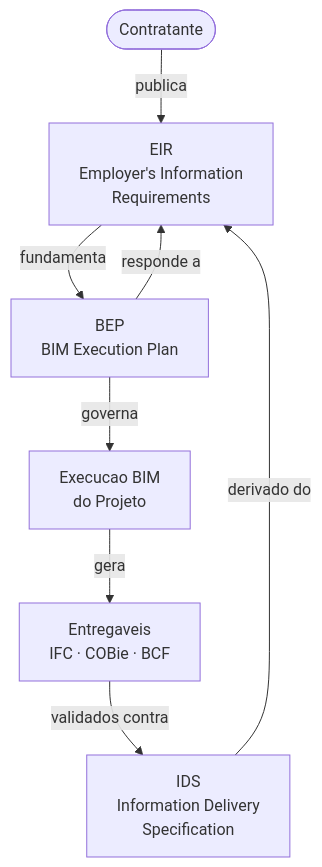
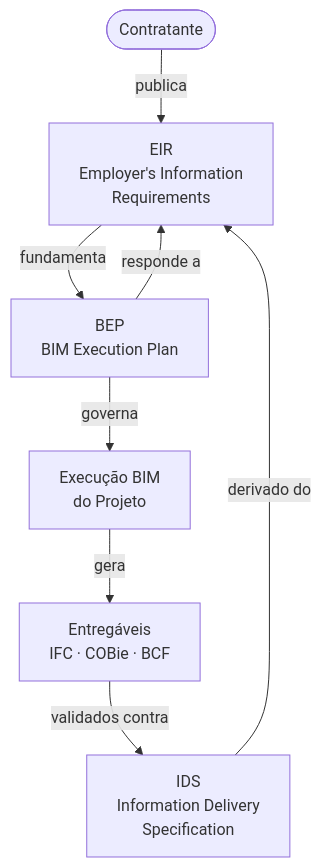
One commit to 255ribeiro/intro_ifc changed the first of 8 diagrams in docs/bep/bep-bim-material.md. Above: the diagram before and after it, drawn with Mermaid. The commit also changed other lines of this file, not shown here.

````diff
--- a/docs/bep/bep-bim-material.md
+++ b/docs/bep/bep-bim-material.md
@@ -48,11 +48,11 @@
 ```mermaid
 %%{init: {"themeVariables": {"fontSize": "16px"}}}%%
 flowchart TD
     A([Contratante]) -->|publica| B["EIR\nEmployer's Information\nRequirements"]
     B -->|fundamenta| C["BEP\nBIM Execution Plan"]
     C -->|responde a| B
-    C -->|governa| D["Execucao BIM\ndo Projeto"]
-    D -->|gera| E["Entregaveis\nIFC · COBie · BCF"]
+    C -->|governa| D["Execução BIM\ndo Projeto"]
+    D -->|gera| E["Entregáveis\nIFC · COBie · BCF"]
     E -->|validados contra| F["IDS\nInformation Delivery\nSpecification"]
     F -->|derivado do| B
 ```
````
